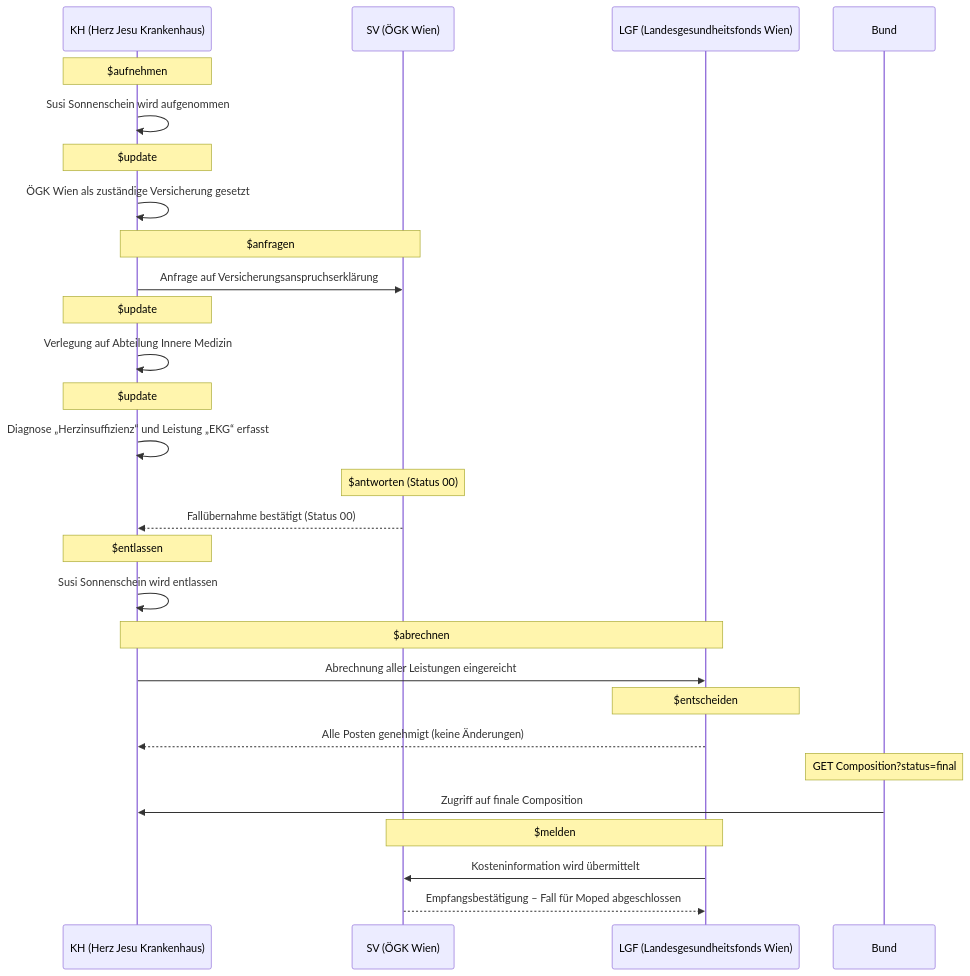
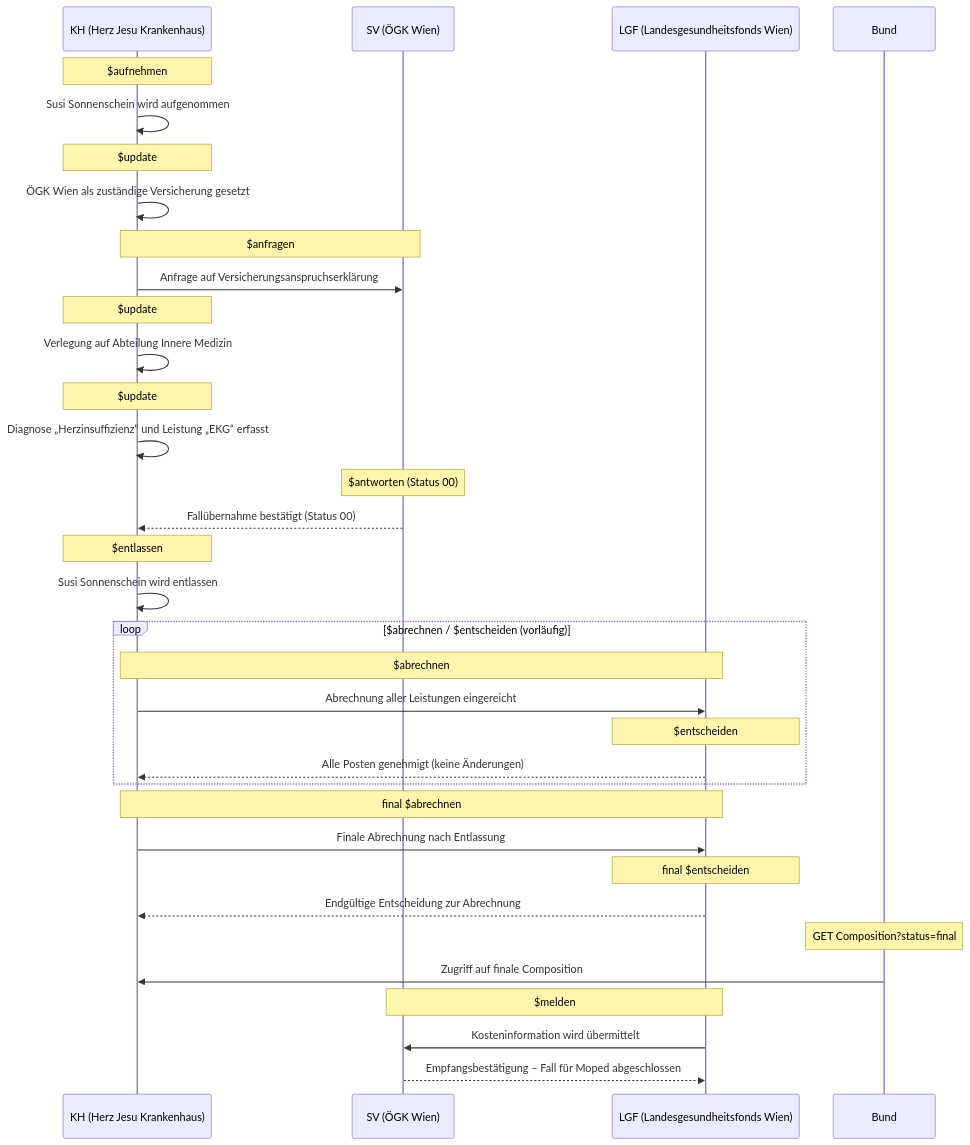
Before and after one commit to HL7Austria/ELGA-MOPED-R5: the fourth of 7 diagrams in input/pagecontent/workflowmanagement.md, drawn with Mermaid. The commit also changed other lines of this file and 3 other files, not shown here.

```diff
--- a/input/pagecontent/workflowmanagement.md
+++ b/input/pagecontent/workflowmanagement.md
@@ -146,43 +146,51 @@
     <pre class="mermaid">
     sequenceDiagram
     participant KH as KH (Herz Jesu Krankenhaus)
     participant SV as SV (ÖGK Wien)
     participant LGF as LGF (Landesgesundheitsfonds Wien)
     participant Bund as Bund
 
     Note over KH: $aufnehmen
     KH->>KH: Susi Sonnenschein wird aufgenommen
 
     Note over KH: $update
     KH->>KH: ÖGK Wien als zuständige Versicherung gesetzt
 
     Note over KH,SV: $anfragen
     KH->>SV: Anfrage auf Versicherungsanspruchserklärung
 
     Note over KH: $update
     KH->>KH: Verlegung auf Abteilung Innere Medizin
 
     Note over KH: $update
     KH->>KH: Diagnose „Herzinsuffizienz“ und Leistung „EKG“ erfasst
 
     Note over SV: $antworten (Status 00)
     SV-->>KH: Fallübernahme bestätigt (Status 00)
 
     Note over KH: $entlassen
     KH->>KH: Susi Sonnenschein wird entlassen
 
-    Note over KH,LGF: $abrechnen
-    KH->>LGF: Abrechnung aller Leistungen eingereicht
+    loop $abrechnen / $entscheiden (vorläufig)
+        Note over KH,LGF: $abrechnen
+        KH->>LGF: Abrechnung aller Leistungen eingereicht
 
-    Note over LGF: $entscheiden
-    LGF-->>KH: Alle Posten genehmigt (keine Änderungen)
+        Note over LGF: $entscheiden
+        LGF-->>KH: Alle Posten genehmigt (keine Änderungen)
+    end
+
+    %% Finale Abrechnung und Entscheidung
+    Note over KH,LGF: final $abrechnen
+    KH->>LGF: Finale Abrechnung nach Entlassung
+
+    Note over LGF: final $entscheiden
+    LGF-->>KH: Endgültige Entscheidung zur Abrechnung
 
     Note over Bund: GET Composition?status=final
     Bund->>KH: Zugriff auf finale Composition
 
     Note over LGF,SV: $melden
     LGF->>SV: Kosteninformation wird übermittelt
 
     SV-->>LGF: Empfangsbestätigung – Fall für Moped abgeschlossen
-
 </pre>
```
